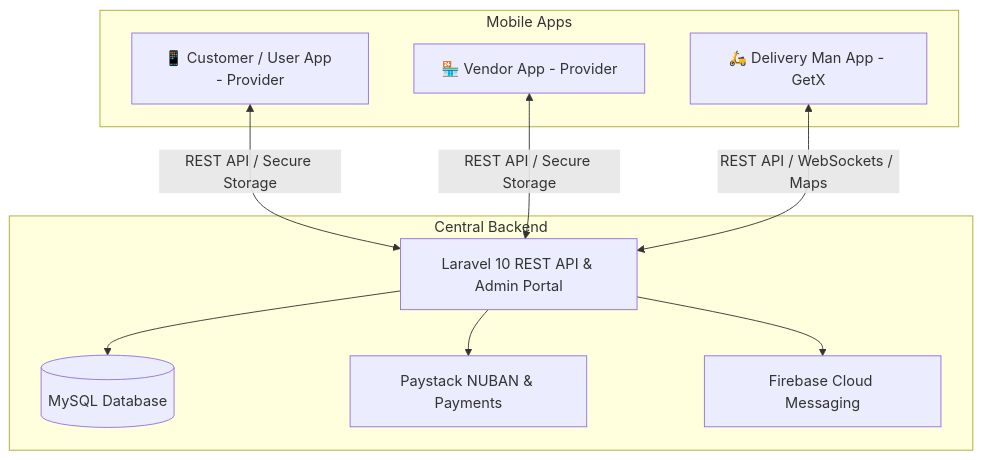
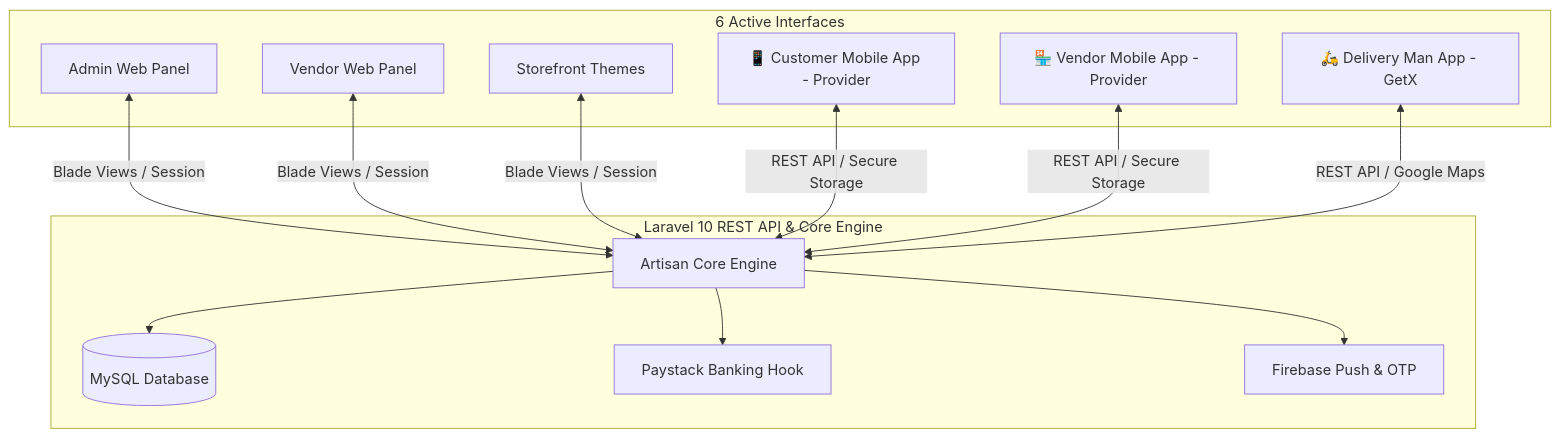
One commit to hotvictorious-rgb/vmarket changed the diagram in README.md. Above: the diagram before and after it, drawn with Mermaid. The commit also changed other lines of this file, not shown here.

Commit message:
chore(ai-governance): rewrite README.md to incorporate recent architectural changes and verification results [AI]

````diff
--- a/README.md
+++ b/README.md
@@ -21,22 +21,28 @@
 ```mermaid
 graph TD
-    subgraph Central Backend
-        A[Laravel 10 REST API & Admin Portal]
+    subgraph Central Backend [Laravel 10 REST API & Core Engine]
+        A[Artisan Core Engine]
         DB[(MySQL Database)]
-        PS[Paystack NUBAN & Payments]
-        FB[Firebase Cloud Messaging]
+        PS[Paystack Banking Hook]
+        FB[Firebase Push & OTP]
         A --> DB
         A --> PS
         A --> FB
     end
 
-    subgraph Mobile Apps
-        C[📱 Customer / User App - Provider]
-        V[🏪 Vendor App - Provider]
+    subgraph Client Applications [6 Active Interfaces]
+        WA[Admin Web Panel]
+        WV[Vendor Web Panel]
+        WS[Storefront Themes]
+        C[📱 Customer Mobile App - Provider]
+        V[🏪 Vendor Mobile App - Provider]
         D[🛵 Delivery Man App - GetX]
     end
 
+    WA <-->|Blade Views / Session| A
+    WV <-->|Blade Views / Session| A
+    WS <-->|Blade Views / Session| A
     C <-->|REST API / Secure Storage| A
     V <-->|REST API / Secure Storage| A
-    D <-->|REST API / WebSockets / Maps| A
+    D <-->|REST API / Google Maps| A
 ```
````
